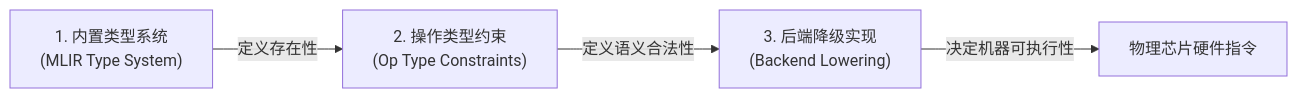
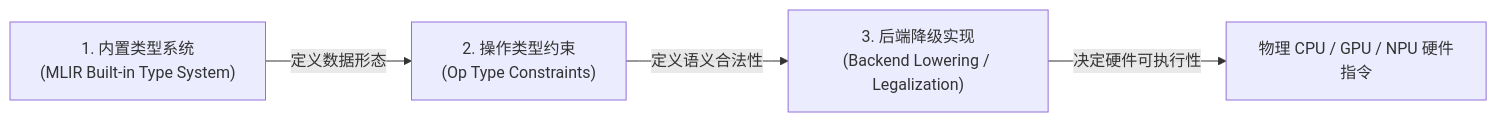
Before and after one commit to hqu-little-boy/blog: the fourth of 18 diagrams in src/content/posts/mlir-dialect-system-and-conversion-infrastructure-guide.md, drawn with Mermaid. The commit also changed other lines of this file, not shown here.

Commit message:
docs(post): deeply expand MLIR guide with official docs on LangRef, DPS, Interfaces, and Materializations

````diff
--- a/src/content/posts/mlir-dialect-system-and-conversion-infrastructure-guide.md
+++ b/src/content/posts/mlir-dialect-system-and-conversion-infrastructure-guide.md
@@ -92,6 +199,6 @@
 ```mermaid
 flowchart LR
-    L1["1. 内置类型系统<br/>(MLIR Type System)"] -->|定义存在性| L2["2. 操作类型约束<br/>(Op Type Constraints)"]
-    L2 -->|定义语义合法性| L3["3. 后端降级实现<br/>(Backend Lowering)"]
-    L3 -->|决定机器可执行性| HW["物理芯片硬件指令"]
+    L1["1. 内置类型系统<br/>(MLIR Built-in Type System)"] -->|定义数据形态| L2["2. 操作类型约束<br/>(Op Type Constraints)"]
+    L2 -->|定义语义合法性| L3["3. 后端降级实现<br/>(Backend Lowering / Legalization)"]
+    L3 -->|决定硬件可执行性| HW["物理 CPU / GPU / NPU 硬件指令"]
 ```
````
